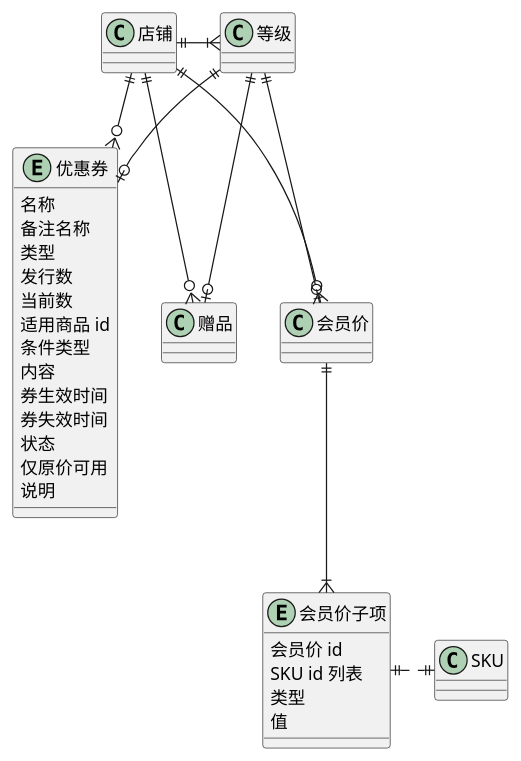
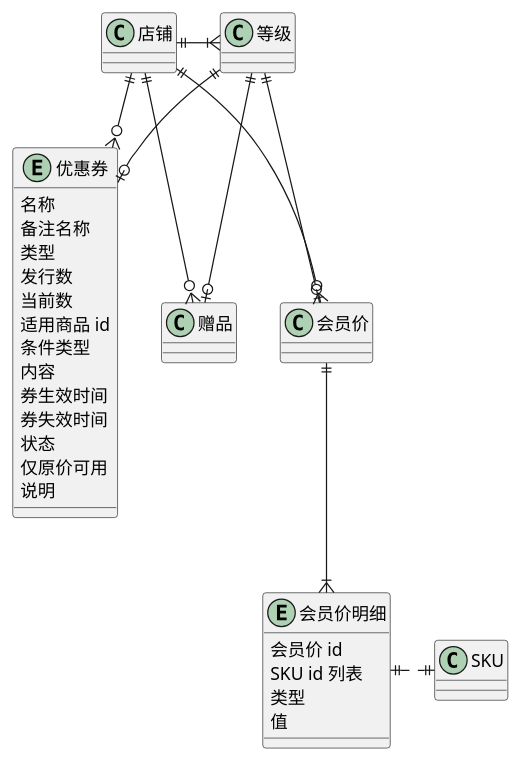
The diagram in 营销.wsd (awesomecat2020/mock-mall), drawn with PlantUML before and after one commit. The commit also changed 2 other files, not shown here.

```diff
--- a/营销.wsd
+++ b/营销.wsd
@@ -1,44 +1,44 @@
 @startuml 营销UML
 
 entity 优惠券 {
     名称
     备注名称
     ' 满减券/折扣券/随机金额券/兑换商品券
     类型
     发行数
     当前数
     适用商品 id
     ' 什么条件可用（json）
     条件类型
     ' 不同类型内容不同（json）
     内容
     券生效时间
     券失效时间
     ' 未开始/进行中/已结束
     状态
     仅原价可用
     说明
 }
-entity 会员价子项 {
+entity 会员价明细 {
     会员价 id
     SKU id 列表
     ' 指定价/打折/减价
     类型
     值
 }
 
 店铺 ||--o{ 赠品
 店铺 ||--o{ 优惠券
 店铺 ||--o{ 会员价
 
 店铺 ||-|{ 等级
 等级 ||--o| 赠品
 等级 ||--o| 优惠券
 等级 ||--o| 会员价
 
-会员价 ||--|{ 会员价子项
-会员价子项 ||.|| SKU
+会员价 ||--|{ 会员价明细
+会员价明细 ||.|| SKU
 
 ' 权益
 
 @enduml
```
